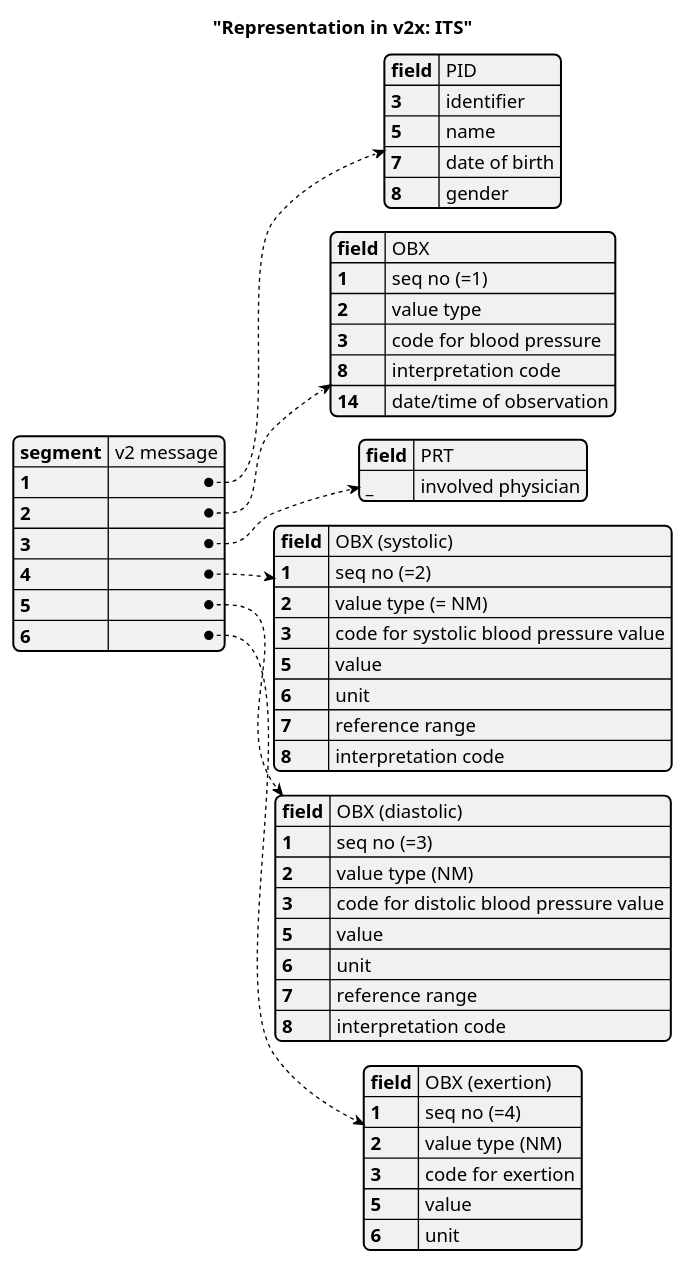
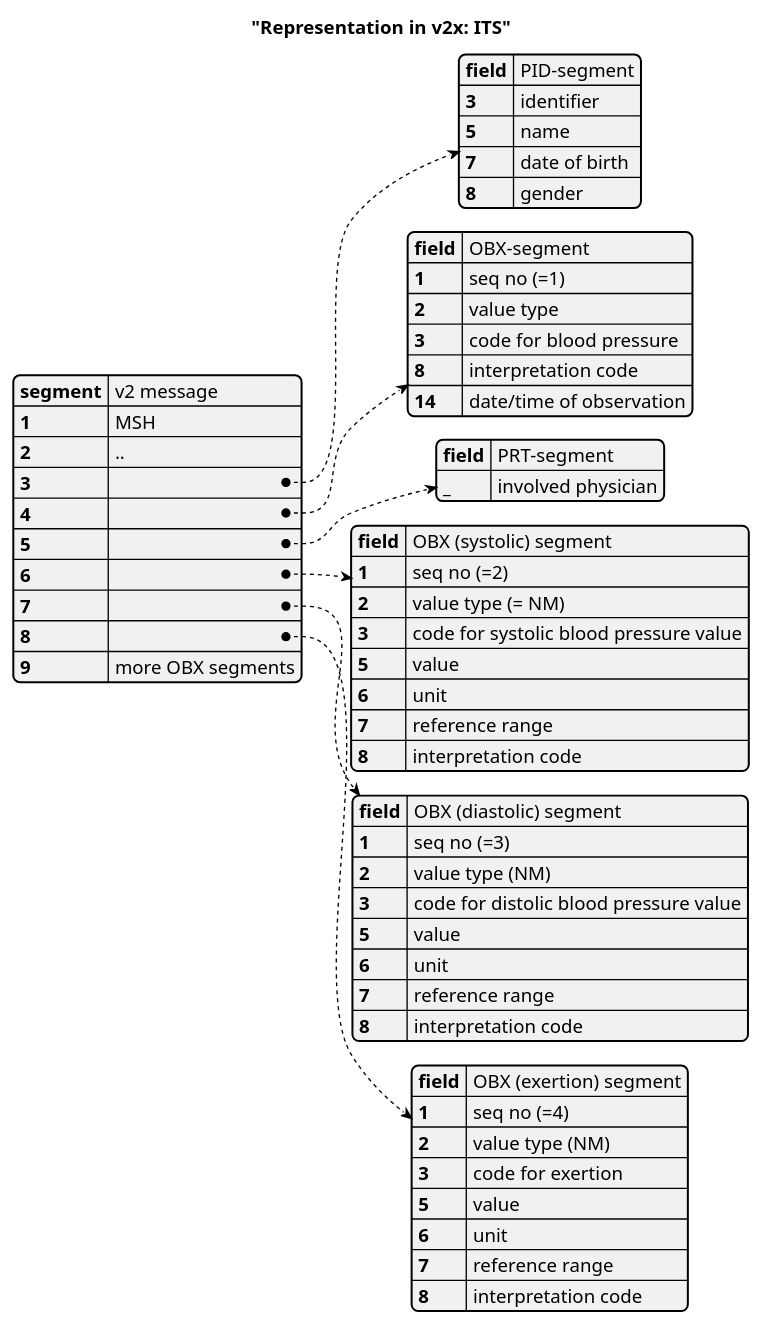
The diagram in input/images-source/its_v2.plantuml (frankoemig/bloodpressure), drawn with PlantUML before and after one commit. The commit also changed 6 other files, not shown here.

```diff
--- a/input/images-source/its_v2.plantuml
+++ b/input/images-source/its_v2.plantuml
@@ -1,48 +1,53 @@
 @startyaml
 
 title "Representation in v2x: ITS"
 
 segment: v2 message
-1:
-  field: PID
+1: MSH
+2: ..
+3:
+  field: PID-segment
   3: identifier
   5: name
   7: date of birth
   8: gender
-2:
-  field: OBX
+4:
+  field: OBX-segment
   1: seq no (=1)
   2: value type
   3: code for blood pressure
   8: interpretation code
   14: date/time of observation
-3:
-  field: PRT
+5:
+  field: PRT-segment
   _: involved physician
-4:
-  field: OBX (systolic)
+6:
+  field: OBX (systolic) segment
   1: seq no (=2)
   2: value type (= NM)
   3: code for systolic blood pressure value
   5: value
   6: unit
   7: reference range
   8: interpretation code
-5:
-  field: OBX (diastolic)
+7:
+  field: OBX (diastolic) segment
   1: seq no (=3)
   2: value type (NM)
   3: code for distolic blood pressure value
   5: value
   6: unit
   7: reference range
   8: interpretation code
-6:
-  field: OBX (exertion)
+8:
+  field: OBX (exertion) segment
   1: seq no (=4)
   2: value type (NM)
   3: code for exertion
   5: value
   6: unit
+  7: reference range
+  8: interpretation code
+9: more OBX segments
 
 @endyaml
```
